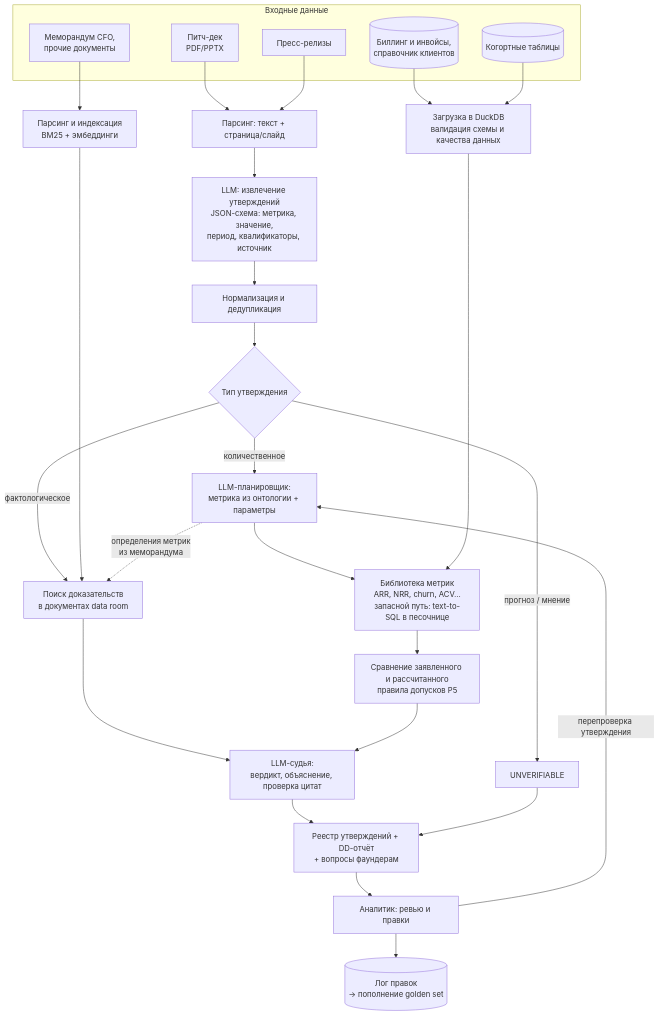
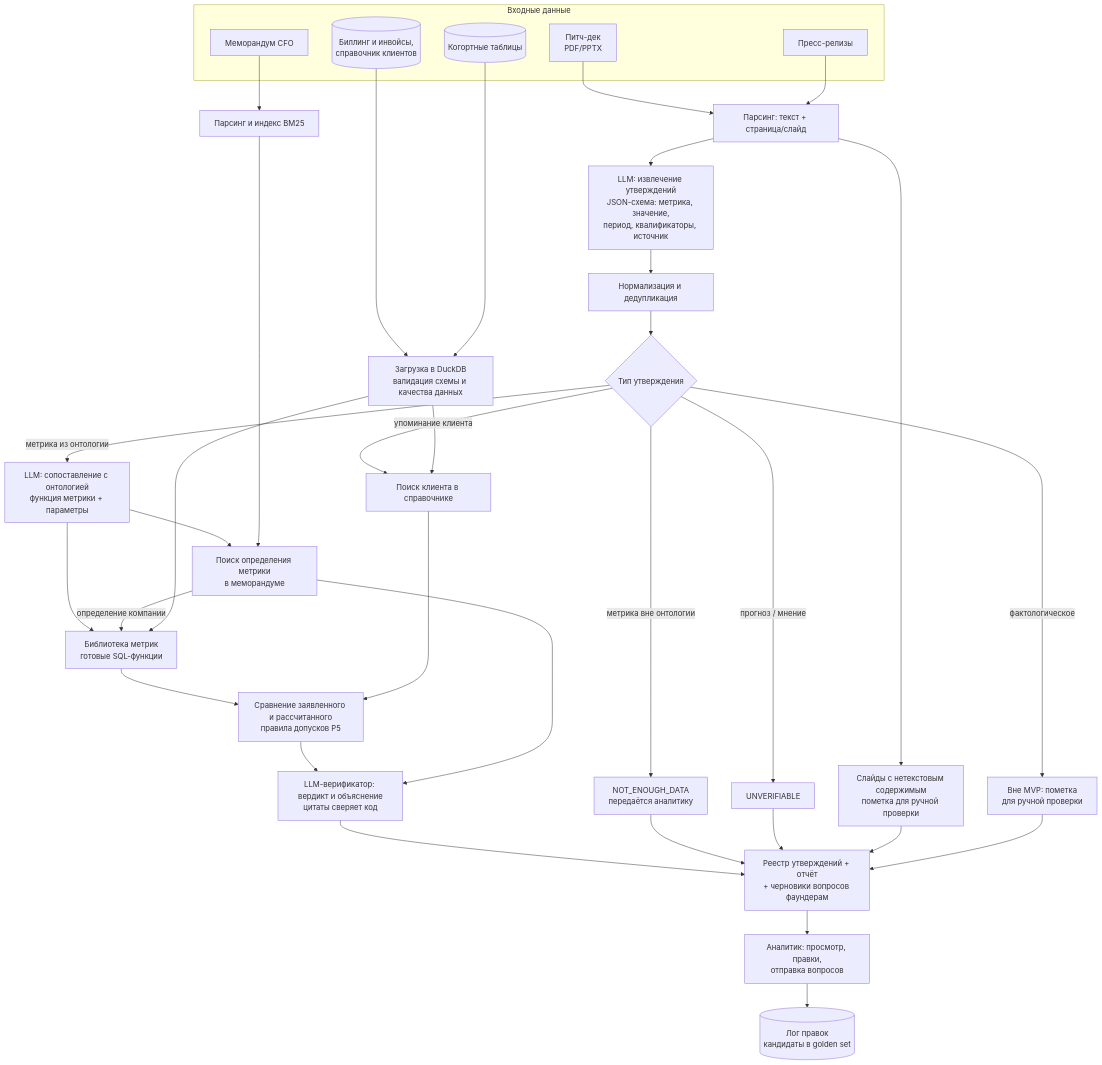
Before and after one commit to gumaonelove/itmo-mlsd: the second of 4 diagrams in docs/ml_system_design_doc.md, drawn with Mermaid. The commit also changed other lines of this file and 5 other files, not shown here.

````diff
--- a/docs/ml_system_design_doc.md
+++ b/docs/ml_system_design_doc.md
@@ -302,39 +383,47 @@
 ```mermaid
 flowchart TD
     subgraph IN["Входные данные"]
         D1["Питч-дек<br/>PDF/PPTX"]
         D2["Пресс-релизы"]
         D3[("Биллинг и инвойсы,<br/>справочник клиентов")]
         D4[("Когортные таблицы")]
-        D5["Меморандум CFO,<br/>прочие документы"]
+        D5["Меморандум CFO"]
     end
 
     D1 --> P1["Парсинг: текст + страница/слайд"]
     D2 --> P1
-    D5 --> P2["Парсинг и индексация<br/>BM25 + эмбеддинги"]
+    P1 --> IMG["Слайды с нетекстовым содержимым<br/>пометка для ручной проверки"]
+    D5 --> P2["Парсинг и индекс BM25"]
     D3 --> P3["Загрузка в DuckDB<br/>валидация схемы и качества данных"]
     D4 --> P3
 
     P1 --> E1["LLM: извлечение утверждений<br/>JSON-схема: метрика, значение,<br/>период, квалификаторы, источник"]
     E1 --> E2["Нормализация и дедупликация"]
     E2 --> R{"Тип утверждения"}
 
-    R -- "количественное" --> PL["LLM-планировщик:<br/>метрика из онтологии + параметры"]
-    R -- "фактологическое" --> RAG["Поиск доказательств<br/>в документах data room"]
+    R -- "метрика из онтологии" --> PL["LLM: сопоставление с онтологией<br/>функция метрики + параметры"]
+    R -- "упоминание клиента" --> CL["Поиск клиента в справочнике"]
+    R -- "метрика вне онтологии" --> NED["NOT_ENOUGH_DATA<br/>передаётся аналитику"]
     R -- "прогноз / мнение" --> UV["UNVERIFIABLE"]
+    R -- "фактологическое" --> FACT["Вне MVP: пометка<br/>для ручной проверки"]
 
-    PL --> M["Библиотека метрик<br/>ARR, NRR, churn, ACV...<br/>запасной путь: text-to-SQL в песочнице"]
+    PL --> DEF["Поиск определения метрики<br/>в меморандуме"]
+    P2 --> DEF
+    PL --> M["Библиотека метрик<br/>готовые SQL-функции"]
+    DEF -- "определение компании" --> M
     P3 --> M
-    P2 --> RAG
-    PL -. "определения метрик<br/>из меморандума" .-> RAG
+    P3 --> CL
 
     M --> V["Сравнение заявленного и рассчитанного<br/>правила допусков P5"]
-    RAG --> J
-    V --> J["LLM-судья:<br/>вердикт, объяснение, проверка цитат"]
+    CL --> V
+    V --> J["LLM-верификатор: вердикт и объяснение<br/>цитаты сверяет код"]
+    DEF --> J
 
-    J --> OUT["Реестр утверждений + DD-отчёт<br/>+ вопросы фаундерам"]
+    J --> OUT["Реестр утверждений + отчёт<br/>+ черновики вопросов фаундерам"]
+    NED --> OUT
     UV --> OUT
-    OUT --> HA["Аналитик: ревью и правки"]
-    HA -- "перепроверка утверждения" --> PL
-    HA --> LOG[("Лог правок<br/>→ пополнение golden set")]
+    IMG --> OUT
+    FACT --> OUT
+    OUT --> HA["Аналитик: просмотр, правки,<br/>отправка вопросов"]
+    HA --> LOG[("Лог правок<br/>кандидаты в golden set")]
 ```
````
